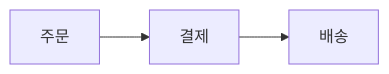
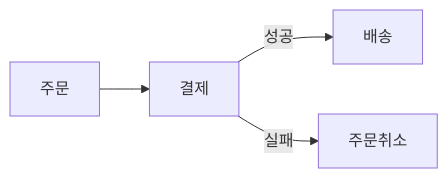
One commit to polyglot-k/im-a-monkey changed the diagram in README.md. Above: the diagram before and after it, drawn with Mermaid. The commit also changed other lines of this file, not shown here.

````diff
--- a/README.md
+++ b/README.md
@@ -42,4 +39,6 @@
 ```mermaid
 flowchart LR
-  주문 --> 결제 --> 배송
+  주문 --> 결제
+  결제 -- 성공 --> 배송
+  결제 -- 실패 --> 주문취소
 ```
````
